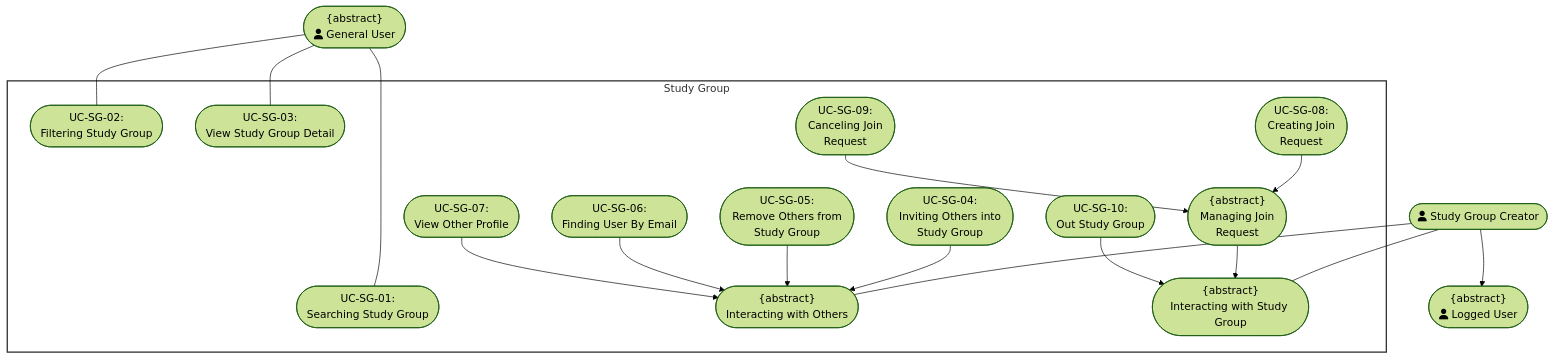
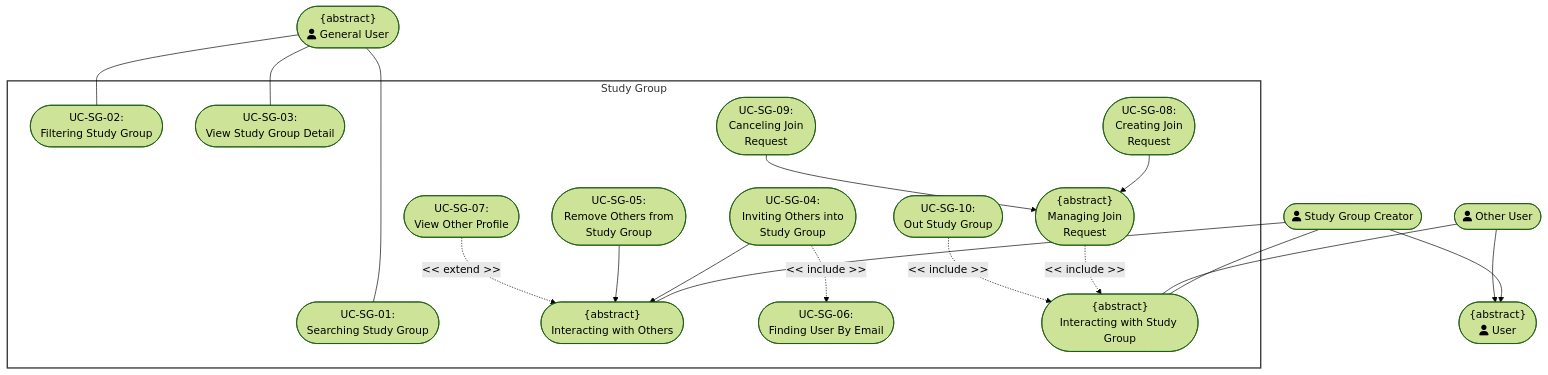
One commit to DuyNhat1705/AmeThyst-Library changed the sixth of 9 diagrams in docs/management/PA3/Use-CaseSpecification.md. Above: the diagram before and after it, drawn with Mermaid (forest theme). The commit also changed other lines of this file and 5 other files, not shown here.

Commit message:
update usecase diagram for PA4

````diff
--- a/docs/management/PA3/Use-CaseSpecification.md
+++ b/docs/management/PA3/Use-CaseSpecification.md
@@ -2849,34 +2845,40 @@
 ```mermaid
 flowchart TD
  subgraph StudyGroup["Study Group"]
         UC1(["<center>UC-SG-01:<br>Searching Study Group</center>"])
         UC2(["<center>UC-SG-02:<br>Filtering Study Group</center>"])
         UC3(["<center>UC-SG-03:<br>View Study Group Detail</center>"])
         UC5(["<center>UC-SG-04:<br>Inviting Others into<br>Study Group</center>"])
         UC4(["<center>{abstract}<br>Interacting with Others</center>"])
         UC6(["<center>UC-SG-05:<br>Remove Others from<br>Study Group</center>"])
         UC7(["<center>UC-SG-06:<br>Finding User By Email</center>"])
         UC8(["<center>UC-SG-07:<br>View Other Profile</center>"])
         UC9(["<center>{abstract}<br>Interacting with Study Group</center>"])
         UC10(["<center>{abstract}<br>Managing Join<br>Request</center>"])
         UC11(["<center>UC-SG-08:<br>Creating Join<br>Request</center>"])
         UC12(["<center>UC-SG-09:<br>Canceling Join<br>Request</center>"])
         UC13(["<center>UC-SG-10:<br>Out Study Group</center>"])
   end
-    StudyGroupCreator(["<center>fa:fa-user Study Group Creator</center>"]) --> User(["<center>{abstract}<br>fa:fa-user Logged User</center>"])
+    StudyGroupCreator(["<center>fa:fa-user Study Group Creator</center>"]) --> User(["<center>{abstract}<br>fa:fa-user User</center>"])
+    OtherUser(["<center>fa:fa-user Other User</center>"]) --> User
     GeneralUser(["<center>{abstract}<br>fa:fa-user General User</center>"]) ~~~ StudyGroupCreator
     StudyGroupCreator ~~~ User
     GeneralUser ~~~~~ StudyGroup
     GeneralUser --- UC1 & UC2 & UC3
     StudyGroupCreator --- UC4 & UC9
+    OtherUser --- UC9
+    
+    %% Generalization (Specific -> Abstract)
     UC5 --> UC4
     UC6 --> UC4
-    UC7 --> UC4
-    UC8 --> UC4
-    UC10 --> UC9
-    UC13 --> UC9
     UC11 --> UC10
     UC12 --> UC10
 
+    %% Includes & Extends (Fixed from misuse of generalization)
+    UC5 -. "<< include >>" .-> UC7
+    UC8 -. "<< extend >>" .-> UC4
+    UC10 -. "<< include >>" .-> UC9
+    UC13 -. "<< include >>" .-> UC9
+
     style StudyGroup fill:#fff,stroke:#333,stroke-width:2px
 ```
````
